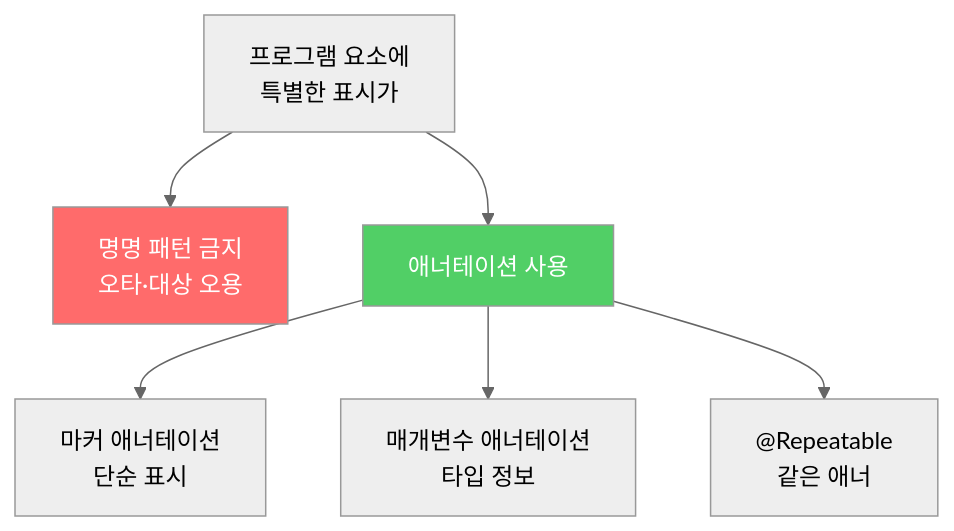
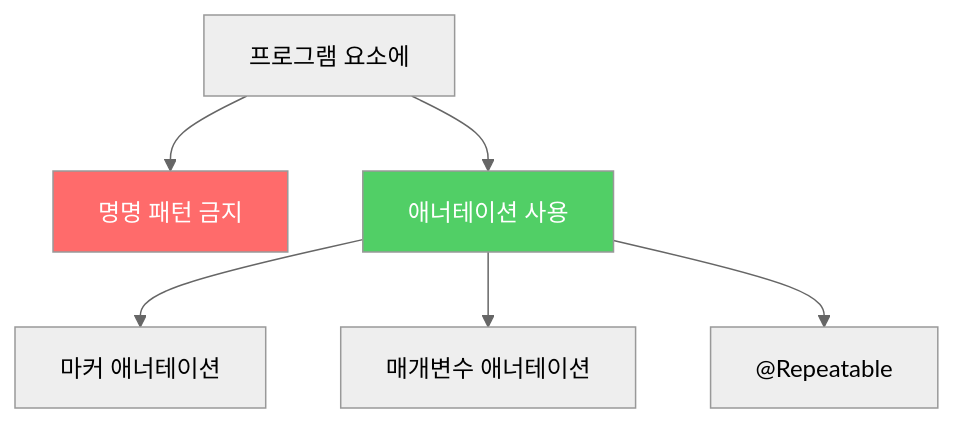
The third of 3 diagrams in _posts/java/2022-01-17-effective-java39.md (yjkim2015/yjkim2015.github.io), drawn with Mermaid (neutral theme) before and after one commit. The commit also changed other lines of this file and 217 other files, not shown here.

First line of the commit message:
Mermaid 크기 수정: useMaxWidth:true + SVG max-width:100% + 라벨 축소

````diff
--- a/_posts/java/2022-01-17-effective-java39.md
+++ b/_posts/java/2022-01-17-effective-java39.md
@@ -223,10 +223,10 @@
 ```mermaid
 graph TD
-    A["프로그램 요소에\n특별한 표시가"] --> B["명명 패턴 금지\n오타·대상 오용"]
+    A["프로그램 요소에"] --> B["명명 패턴 금지"]
     A --> C["애너테이션 사용"]
-    C --> D["마커 애너테이션\n단순 표시"]
-    C --> E["매개변수 애너테이션\n타입 정보"]
-    C --> F["@Repeatable\n같은 애너"]
+    C --> D["마커 애너테이션"]
+    C --> E["매개변수 애너테이션"]
+    C --> F["@Repeatable"]
     style B fill:#ff6b6b,color:#fff
     style C fill:#51cf66,color:#fff
 ```
````
